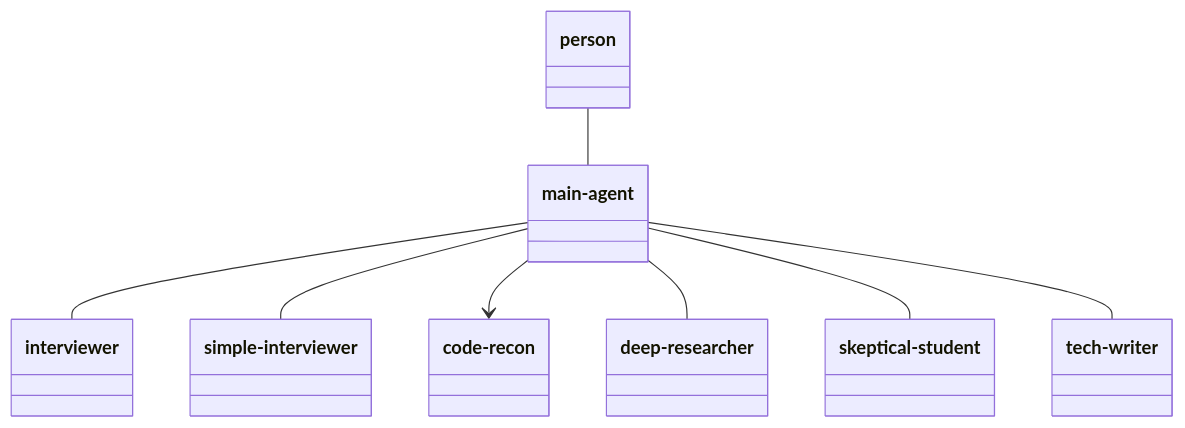
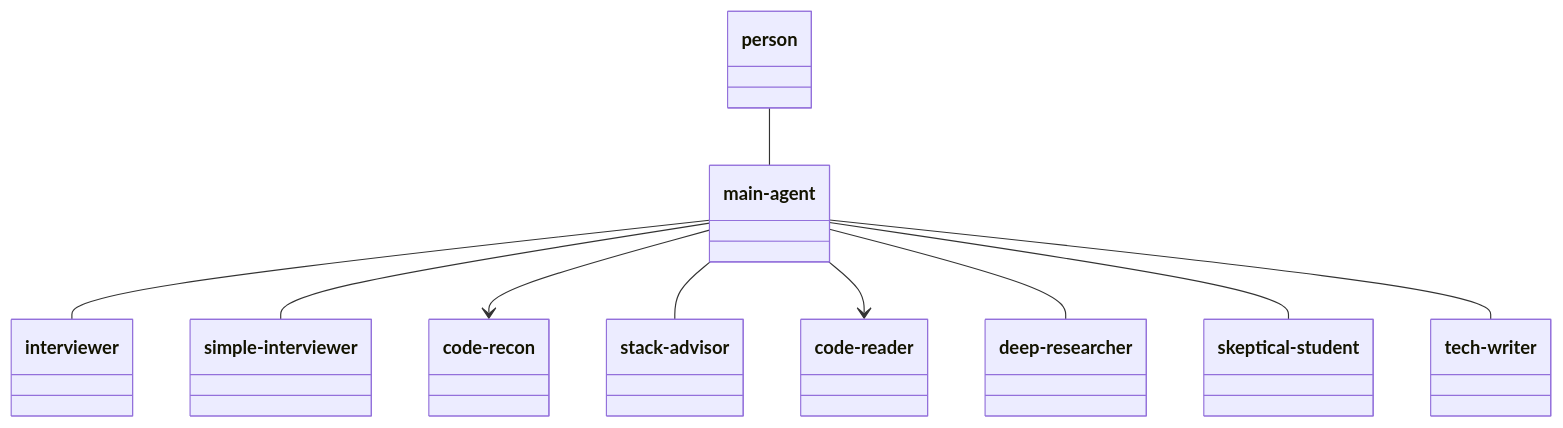
One commit to bloc0105/Primer changed the first of 2 diagrams in learn-software-stack/commands/curriculum.md. Above: the diagram before and after it, drawn with Mermaid. The commit also changed other lines of this file and 18 other files, not shown here.

````diff
--- a/learn-software-stack/commands/curriculum.md
+++ b/learn-software-stack/commands/curriculum.md
@@ -17,21 +17,25 @@
 ```mermaid
 classDiagram
   class person
   class main-agent
   class deep-researcher
   class code-recon
   class interviewer
   class skeptical-student
   class tech-writer
   class simple-interviewer
+  class stack-advisor
+  class code-reader
 
   person -- main-agent
 
   main-agent -- interviewer
   main-agent -- simple-interviewer
   main-agent --> code-recon
+  main-agent -- stack-advisor
+  main-agent --> code-reader
   main-agent -- deep-researcher
   main-agent -- skeptical-student
   main-agent -- tech-writer
 
 ```
````
